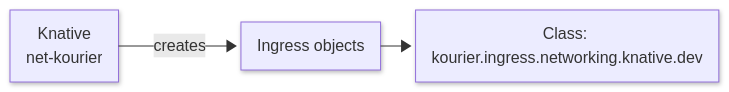
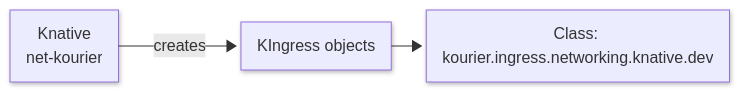
The first of 5 diagrams in docs/versioned/serving/config-network-adapters.md (knative/docs), drawn with Mermaid before and after one commit. The commit also changed other lines of this file and 2 other files, not shown here.

````diff
--- a/docs/versioned/serving/config-network-adapters.md
+++ b/docs/versioned/serving/config-network-adapters.md
@@ -34,11 +20,11 @@
     ```mermaid
     ---
     config:
       theme: default
       layout: elk
       look: neo
     ---
     flowchart LR
-    K1["Knative<br>net-kourier"] -- creates --> K2["Ingress&nbsp;objects"]
+    K1["Knative<br>net-kourier"] -- creates --> K2["KIngress&nbsp;objects"]
     K2 --> K3["Class: kourier.ingress.networking.knative.dev"]
     ```
````
